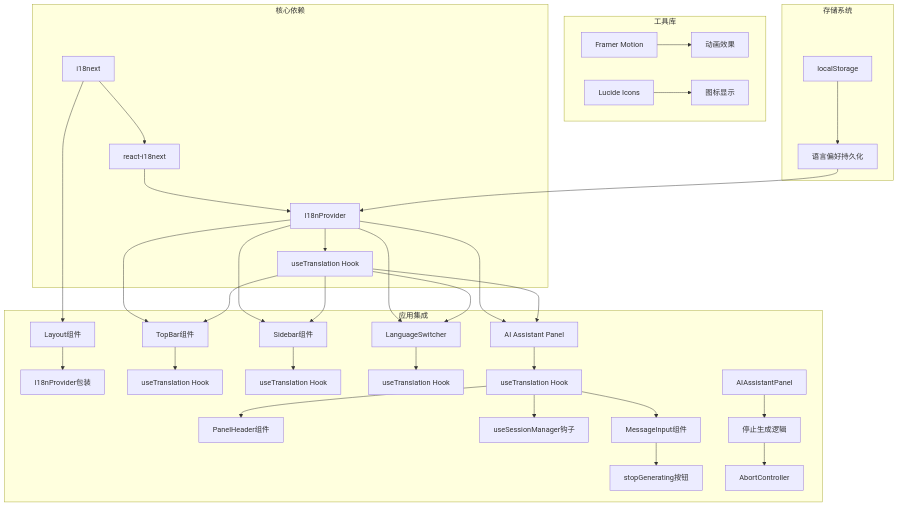
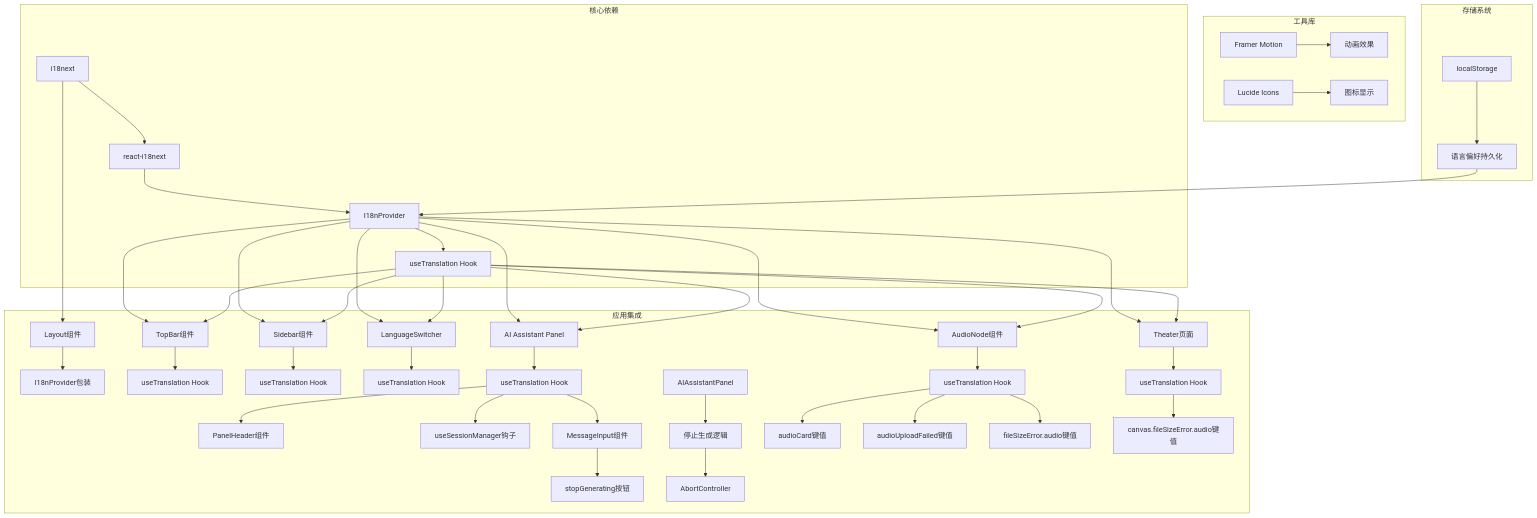
Before and after one commit to KunLabAI/KunFlix: diagram 12 of 12 in .qoder/repowiki/zh/content/系统架构/前端架构/国际化系统/国际化系统.md, drawn with Mermaid. The commit also changed other lines of this file and 37 other files, not shown here.

````diff
--- a/.qoder/repowiki/zh/content/系统架构/前端架构/国际化系统/国际化系统.md
+++ b/.qoder/repowiki/zh/content/系统架构/前端架构/国际化系统/国际化系统.md
@@ -540,38 +664,48 @@
 ```mermaid
 graph TB
 subgraph "核心依赖"
 A[i18next] --> B[react-i18next]
 B --> C[I18nProvider]
 C --> D[useTranslation Hook]
 end
 subgraph "应用集成"
 E[Layout组件] --> F[I18nProvider包装]
 G[TopBar组件] --> H[useTranslation Hook]
 I[Sidebar组件] --> J[useTranslation Hook]
 K[LanguageSwitcher] --> L[useTranslation Hook]
 M[AI Assistant Panel] --> N[useTranslation Hook]
 N --> O[PanelHeader组件]
 N --> P[useSessionManager钩子]
 N --> Q[MessageInput组件]
 Q --> R[stopGenerating按钮]
 S[AIAssistantPanel] --> T[停止生成逻辑]
 T --> U[AbortController]
+V[AudioNode组件] --> W[useTranslation Hook]
+W --> X[audioCard键值]
+W --> Y[audioUploadFailed键值]
+W --> Z[fileSizeError.audio键值]
+AA[Theater页面] --> BB[useTranslation Hook]
+BB --> CC[canvas.fileSizeError.audio键值]
 end
 subgraph "工具库"
-V[Framer Motion] --> W[动画效果]
-X[Lucide Icons] --> Y[图标显示]
+DD[Framer Motion] --> EE[动画效果]
+FF[Lucide Icons] --> GG[图标显示]
 end
 subgraph "存储系统"
-Z[localStorage] --> AA[语言偏好持久化]
+HH[localStorage] --> II[语言偏好持久化]
 end
 A --> E
 C --> G
 C --> I
 C --> K
 C --> M
+C --> V
+C --> AA
 D --> G
 D --> I
 D --> K
 D --> M
-AA --> C
+D --> V
+D --> AA
+II --> C
 ```
````
